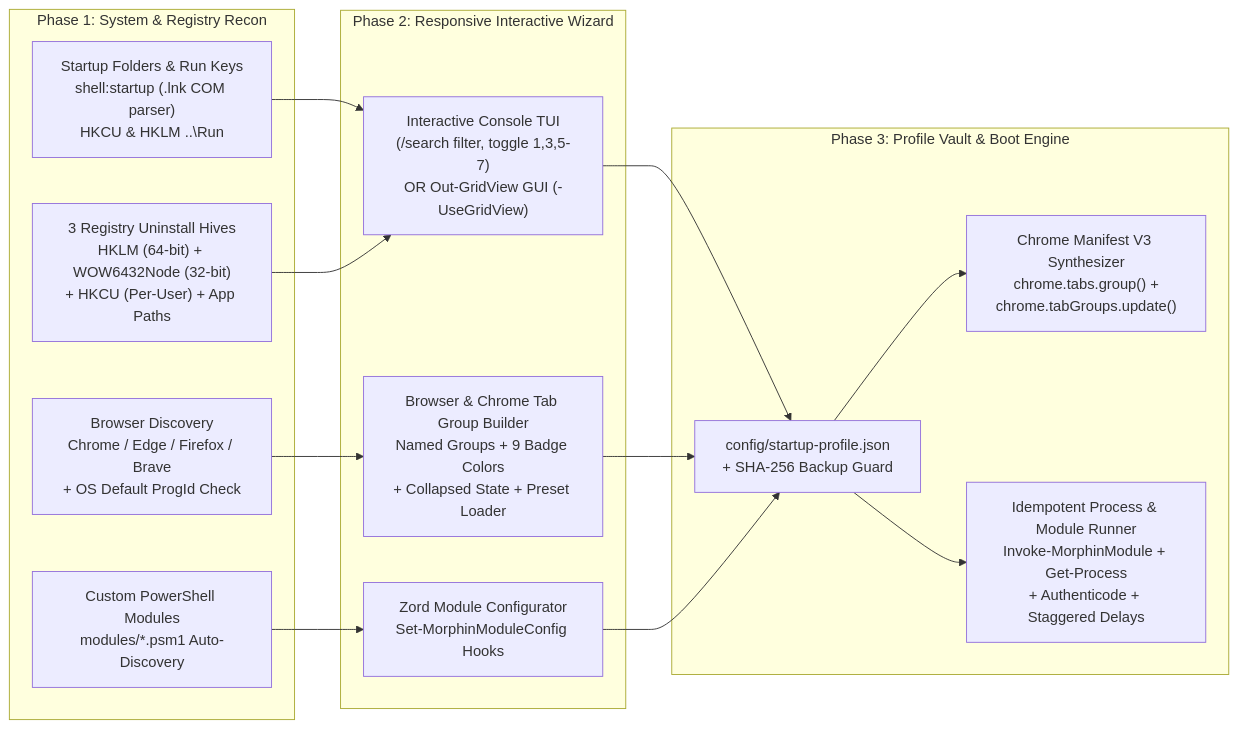
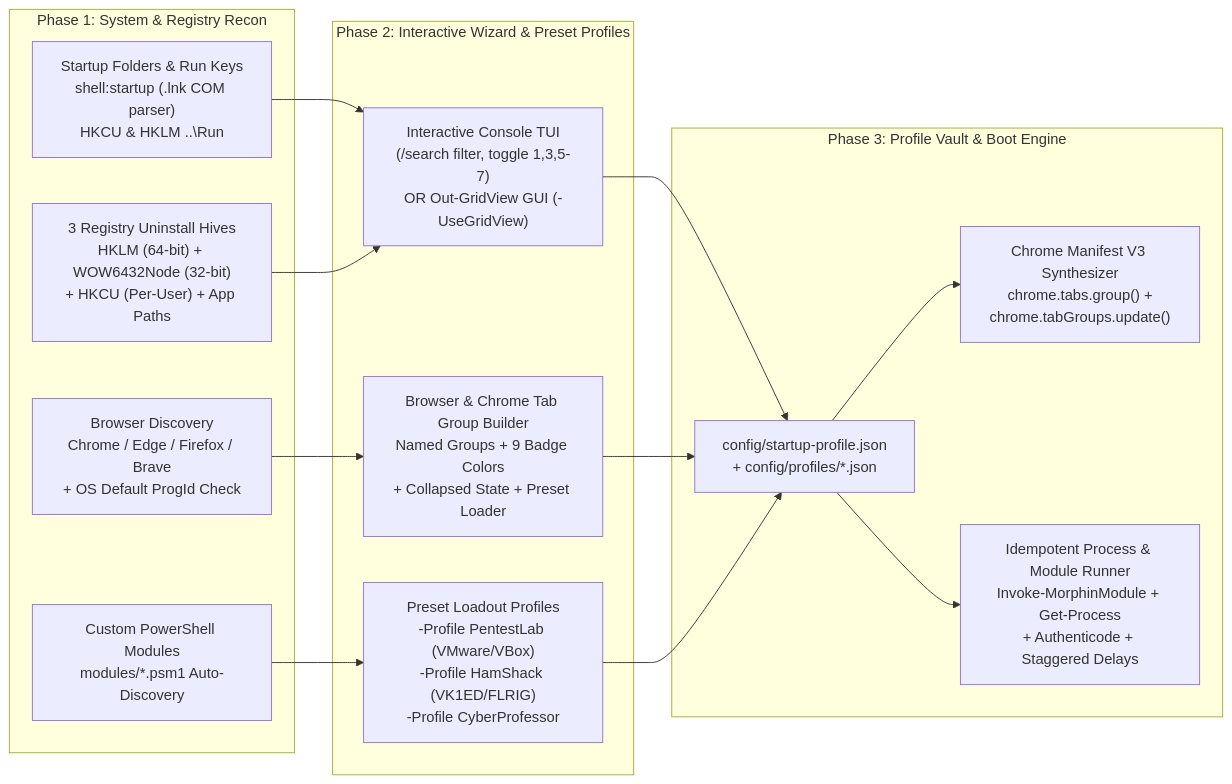
Before and after one commit to popeye1919/mighty-morphin-windows-rangers: the diagram in README.md, drawn with Mermaid. The commit also changed other lines of this file and 8 other files, not shown here.

Commit message:
Add custom Mighty Morphin 90s Hacker Dad hero banner and PentestLab / VK1ED HamShack / CyberProfessor startup profiles

````diff
--- a/README.md
+++ b/README.md
@@ -65,26 +66,26 @@
 ```mermaid
 flowchart LR
     subgraph Discovery["Phase 1: System & Registry Recon"]
         SFolder["Startup Folders & Run Keys<br/>shell:startup (.lnk COM parser)<br/>HKCU & HKLM ..\Run"]
         RegHives["3 Registry Uninstall Hives<br/>HKLM (64-bit) + WOW6432Node (32-bit)<br/>+ HKCU (Per-User) + App Paths"]
         Browsers["Browser Discovery<br/>Chrome / Edge / Firefox / Brave<br/>+ OS Default ProgId Check"]
         Zords["Custom PowerShell Modules<br/>modules/*.psm1 Auto-Discovery"]
     end
 
-    subgraph Wizard["Phase 2: Responsive Interactive Wizard"]
+    subgraph Wizard["Phase 2: Interactive Wizard & Preset Profiles"]
         TUI["Interactive Console TUI<br/>(/search filter, toggle 1,3,5-7)<br/>OR Out-GridView GUI (-UseGridView)"]
         TabWiz["Browser & Chrome Tab Group Builder<br/>Named Groups + 9 Badge Colors<br/>+ Collapsed State + Preset Loader"]
-        ModWiz["Zord Module Configurator<br/>Set-MorphinModuleConfig Hooks"]
+        Presets["Preset Loadout Profiles<br/>-Profile PentestLab (VMware/VBox)<br/>-Profile HamShack (VK1ED/FLRIG)<br/>-Profile CyberProfessor"]
         SFolder & RegHives --> TUI
         Browsers --> TabWiz
-        Zords --> ModWiz
+        Zords --> Presets
     end
 
     subgraph Execution["Phase 3: Profile Vault & Boot Engine"]
-        JSON["config/startup-profile.json<br/>+ SHA-256 Backup Guard"]
+        JSON["config/startup-profile.json<br/>+ config/profiles/*.json"]
         Ext["Chrome Manifest V3 Synthesizer<br/>chrome.tabs.group() +<br/>chrome.tabGroups.update()"]
         Runner["Idempotent Process & Module Runner<br/>Invoke-MorphinModule + Get-Process<br/>+ Authenticode + Staggered Delays"]
-        TUI & TabWiz & ModWiz --> JSON
+        TUI & TabWiz & Presets --> JSON
         JSON --> Ext & Runner
     end
 ```
````
